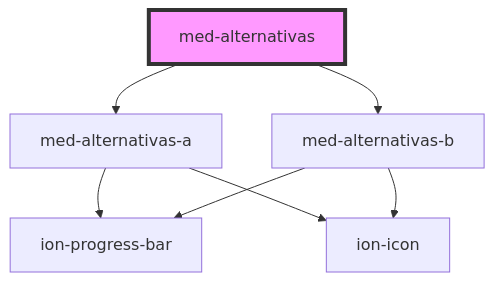
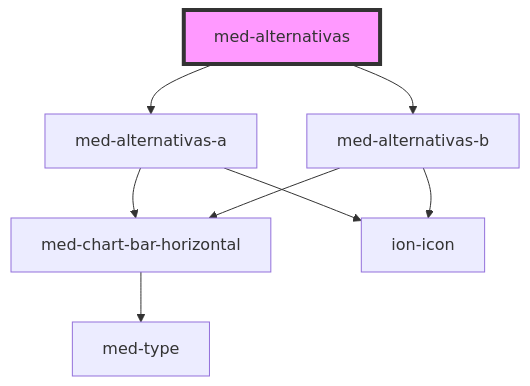
Before and after one commit to MEDGRUPOGIT/ionic-framework-1: the diagram in core/src/components/@medgrupo/team/questoes/med-alternativas/readme.md, drawn with Mermaid. The commit also changed 291 other files, not shown here.

````diff
--- a/core/src/components/@medgrupo/team/questoes/med-alternativas/readme.md
+++ b/core/src/components/@medgrupo/team/questoes/med-alternativas/readme.md
@@ -43,10 +43,11 @@
 ```mermaid
 graph TD;
   med-alternativas --> med-alternativas-a
   med-alternativas --> med-alternativas-b
-  med-alternativas-a --> ion-progress-bar
+  med-alternativas-a --> med-chart-bar-horizontal
   med-alternativas-a --> ion-icon
+  med-chart-bar-horizontal --> med-type
   med-alternativas-b --> ion-icon
-  med-alternativas-b --> ion-progress-bar
+  med-alternativas-b --> med-chart-bar-horizontal
   style med-alternativas fill:#f9f,stroke:#333,stroke-width:4px
 ```
````
